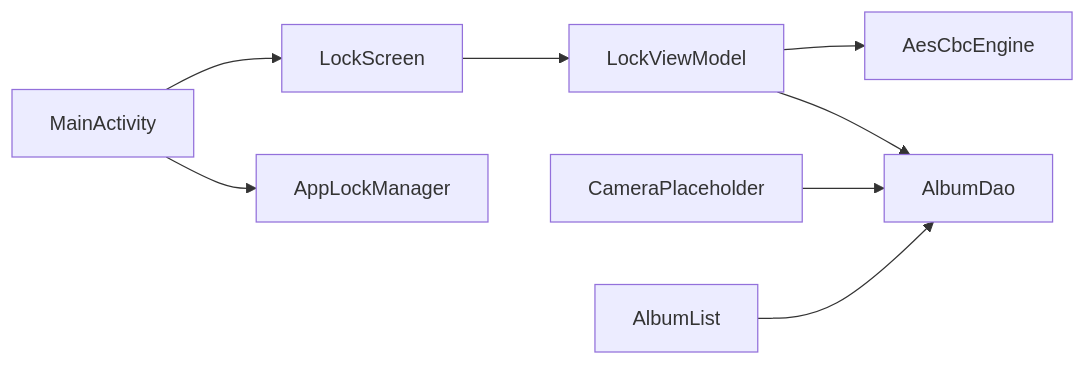
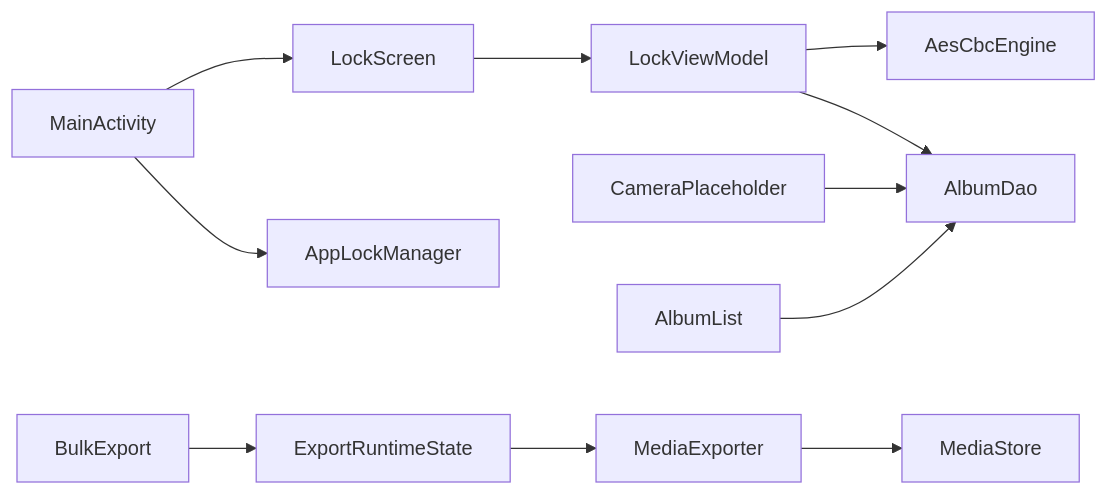
The seventh of 7 diagrams in .qoder/repowiki/zh/content/系统集成/系统集成.md (wanhongbo/ai-photo-vault), drawn with Mermaid before and after one commit. The commit also changed other lines of this file and 22 other files, not shown here.

````diff
--- a/.qoder/repowiki/zh/content/系统集成/系统集成.md
+++ b/.qoder/repowiki/zh/content/系统集成/系统集成.md
@@ -340,10 +438,13 @@
 ```mermaid
 graph LR
 MainActivity --> AppLockManager
 MainActivity --> LockScreen
 LockScreen --> LockViewModel
 LockViewModel --> AlbumDao
 CameraPlaceholder --> AlbumDao
 AlbumList --> AlbumDao
 LockViewModel --> AesCbcEngine
+BulkExport --> ExportRuntimeState
+ExportRuntimeState --> MediaExporter
+MediaExporter --> MediaStore
 ```
````
